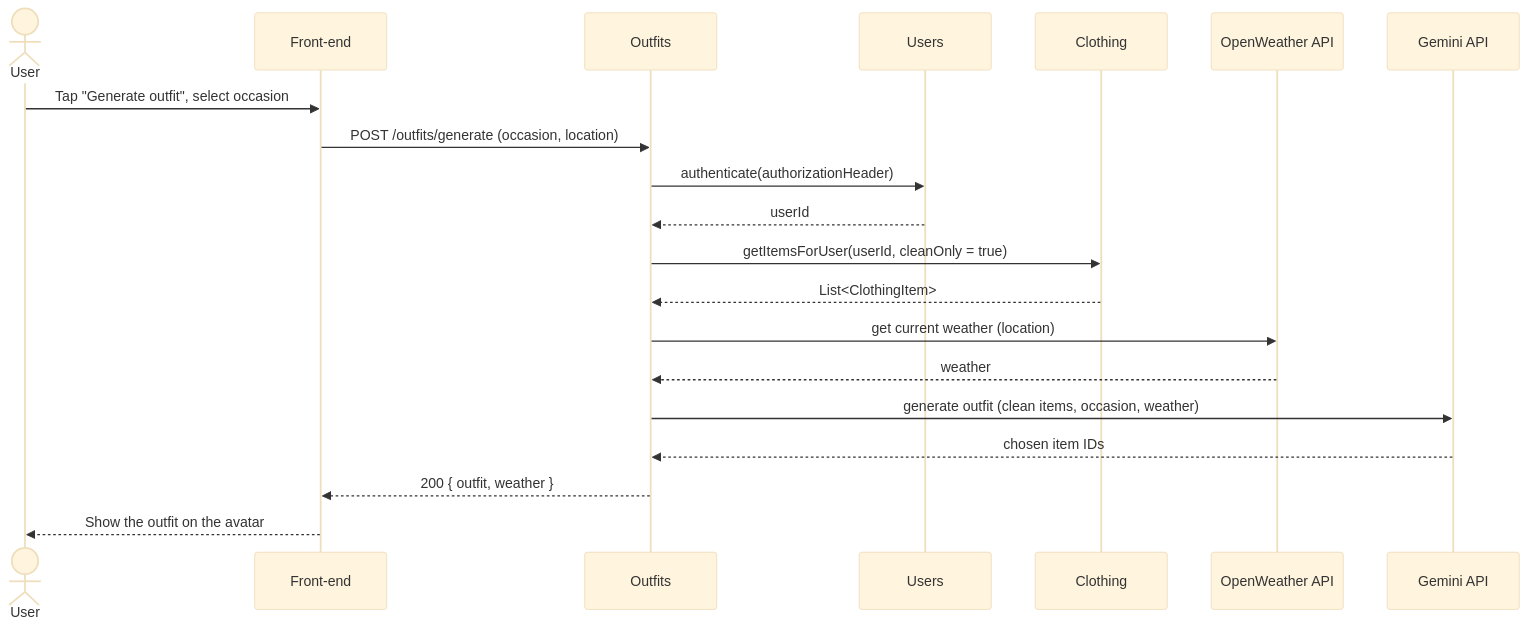
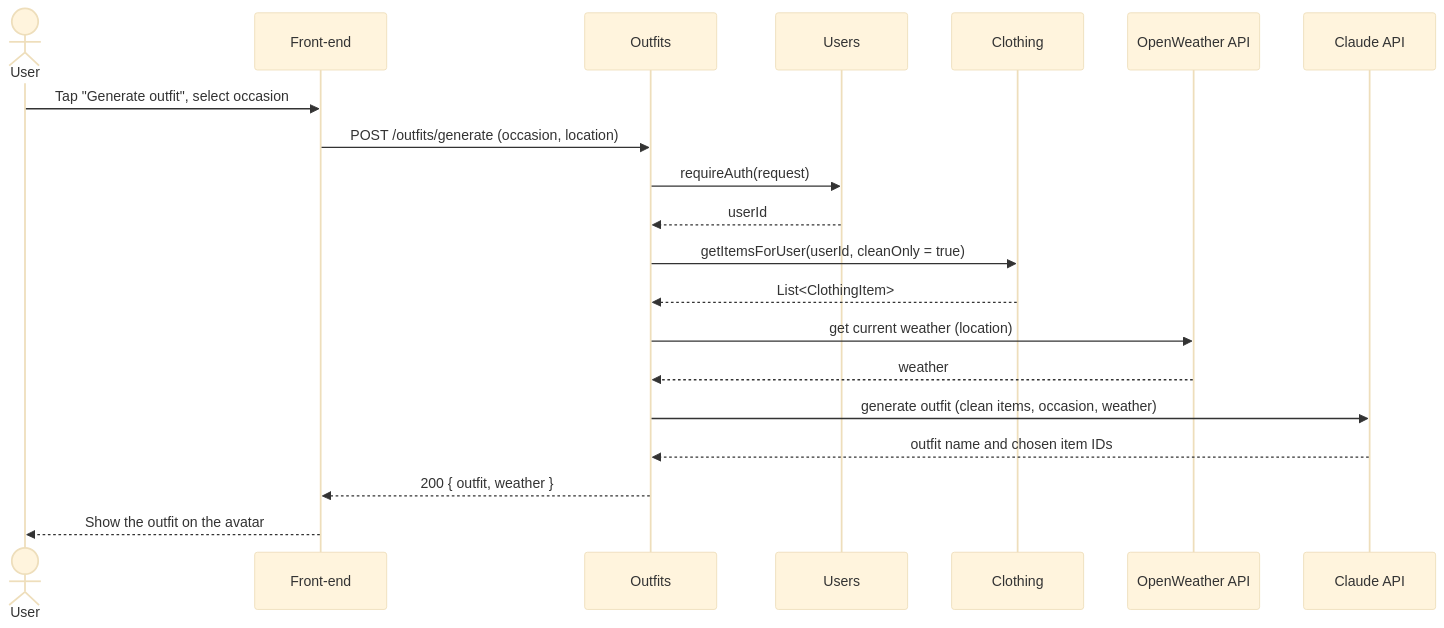
One commit to evannawfal/fabricate changed the third of 6 diagrams in documentation/Requirements_and_Design.md. Above: the diagram before and after it, drawn with Mermaid (base theme). The commit also changed other lines of this file, not shown here.

````diff
--- a/documentation/Requirements_and_Design.md
+++ b/documentation/Requirements_and_Design.md
@@ -397,23 +417,23 @@
 ```mermaid
 sequenceDiagram
     actor U as User
     participant FE as Front-end
     participant OU as Outfits
     participant US as Users
     participant CL as Clothing
     participant WE as OpenWeather API
-    participant GE as Gemini API
+    participant CA as Claude API
 
     U->>FE: Tap "Generate outfit", select occasion
     FE->>OU: POST /outfits/generate (occasion, location)
-    OU->>US: authenticate(authorizationHeader)
+    OU->>US: requireAuth(request)
     US-->>OU: userId
     OU->>CL: getItemsForUser(userId, cleanOnly = true)
     CL-->>OU: List<ClothingItem>
     OU->>WE: get current weather (location)
     WE-->>OU: weather
-    OU->>GE: generate outfit (clean items, occasion, weather)
-    GE-->>OU: chosen item IDs
+    OU->>CA: generate outfit (clean items, occasion, weather)
+    CA-->>OU: outfit name and chosen item IDs
     OU-->>FE: 200 { outfit, weather }
     FE-->>U: Show the outfit on the avatar
 ```
````
